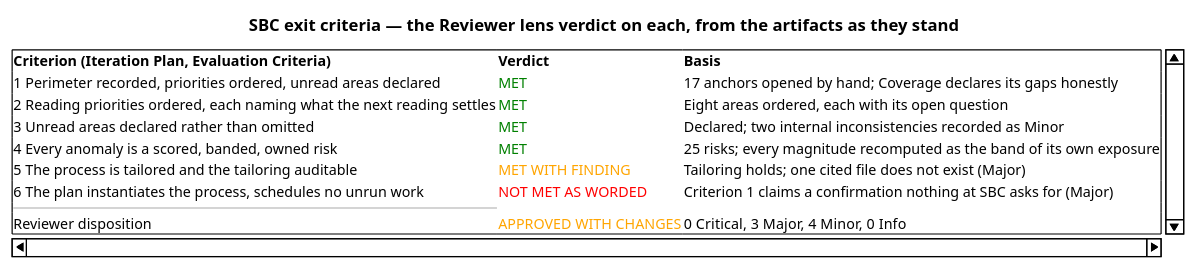
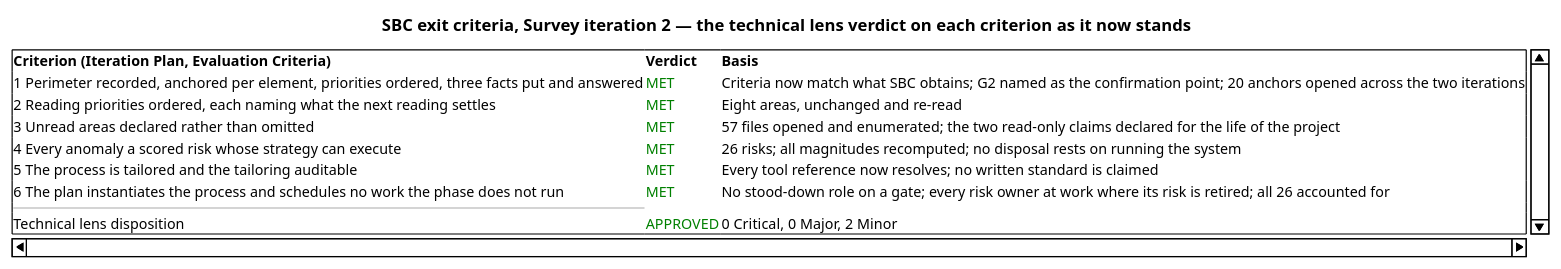
The first of 16 diagrams in docs/artifacts/project-management/review-record.md (banense-test/TodoApp), drawn with PlantUML before and after one commit. The commit also changed other lines of this file, not shown here.

First line of the commit message:
Reviewer [Survey2]: upsert Review Record

````diff
--- a/docs/artifacts/project-management/review-record.md
+++ b/docs/artifacts/project-management/review-record.md
@@ -88,18 +95,18 @@
 ```plantuml
 @startsalt
-title SBC exit criteria — the Reviewer lens verdict on each, from the artifacts as they stand
+title SBC exit criteria, Survey iteration 2 — the technical lens verdict on each criterion as it now stands
 {
 {S
 <b>Criterion (Iteration Plan, Evaluation Criteria)</b> | <b>Verdict</b> | <b>Basis</b>
-1 Perimeter recorded, priorities ordered, unread areas declared | <color:green>MET</color> | 17 anchors opened by hand; Coverage declares its gaps honestly
-2 Reading priorities ordered, each naming what the next reading settles | <color:green>MET</color> | Eight areas ordered, each with its open question
-3 Unread areas declared rather than omitted | <color:green>MET</color> | Declared; two internal inconsistencies recorded as Minor
-4 Every anomaly is a scored, banded, owned risk | <color:green>MET</color> | 25 risks; every magnitude recomputed as the band of its own exposure
-5 The process is tailored and the tailoring auditable | <color:orange>MET WITH FINDING</color> | Tailoring holds; one cited file does not exist (Major)
-6 The plan instantiates the process, schedules no unrun work | <color:red>NOT MET AS WORDED</color> | Criterion 1 claims a confirmation nothing at SBC asks for (Major)
+1 Perimeter recorded, anchored per element, priorities ordered, three facts put and answered | <color:green>MET</color> | Criteria now match what SBC obtains; G2 named as the confirmation point; 20 anchors opened across the two iterations
+2 Reading priorities ordered, each naming what the next reading settles | <color:green>MET</color> | Eight areas, unchanged and re-read
+3 Unread areas declared rather than omitted | <color:green>MET</color> | 57 files opened and enumerated; the two read-only claims declared for the life of the project
+4 Every anomaly a scored risk whose strategy can execute | <color:green>MET</color> | 26 risks; all magnitudes recomputed; no disposal rests on running the system
+5 The process is tailored and the tailoring auditable | <color:green>MET</color> | Every tool reference now resolves; no written standard is claimed
+6 The plan instantiates the process and schedules no work the phase does not run | <color:green>MET</color> | No stood-down role on a gate; every risk owner at work where its risk is retired; all 26 accounted for
 --
-Reviewer disposition | <color:orange>APPROVED WITH CHANGES</color> | 0 Critical, 3 Major, 4 Minor, 0 Info
+Technical lens disposition | <color:green>APPROVED</color> | 0 Critical, 0 Major, 2 Minor
 }
 }
 @endsalt
 ```
````
